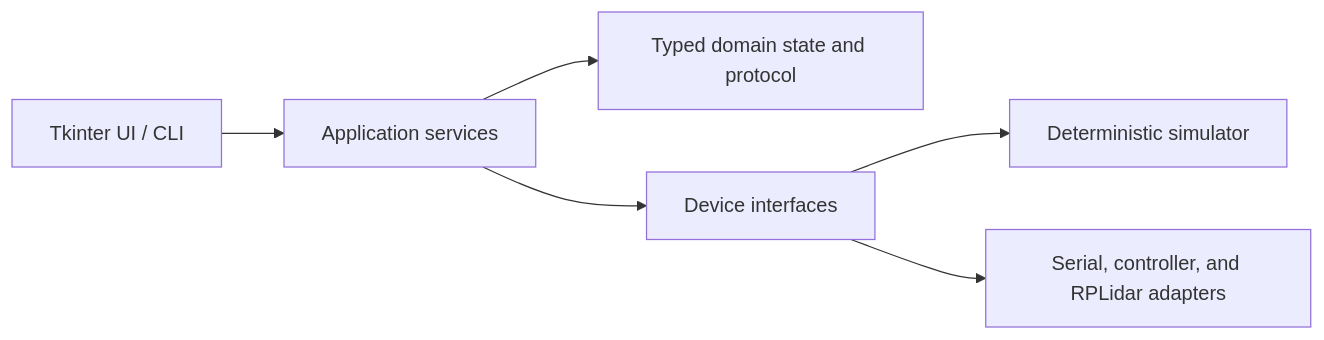
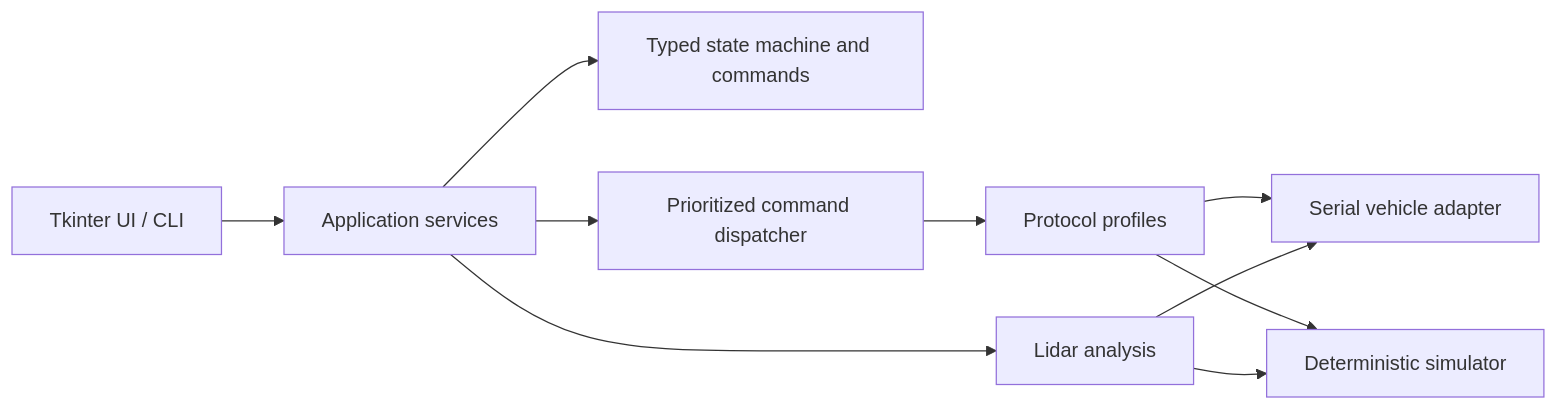
Before and after one commit to Mohemed-Amine-Chalhy/Car_Interface: the diagram in README.md, drawn with Mermaid. The commit also changed other lines of this file and 45 other files, not shown here.

````diff
--- a/README.md
+++ b/README.md
@@ -77,8 +60,12 @@
-```mermaid
+~~~mermaid
 flowchart LR
     UI[Tkinter UI / CLI] --> Services[Application services]
-    Services --> Domain[Typed domain state and protocol]
-    Services --> Adapters[Device interfaces]
-    Adapters --> Simulator[Deterministic simulator]
-    Adapters --> Devices[Serial, controller, and RPLidar adapters]
-```
+    Services --> Domain[Typed state machine and commands]
+    Services --> Dispatcher[Prioritized command dispatcher]
+    Services --> Perception[Lidar analysis]
+    Dispatcher --> Profiles[Protocol profiles]
+    Profiles --> Hardware[Serial vehicle adapter]
+    Profiles --> Simulation[Deterministic simulator]
+    Perception --> Hardware
+    Perception --> Simulation
+~~~
````
